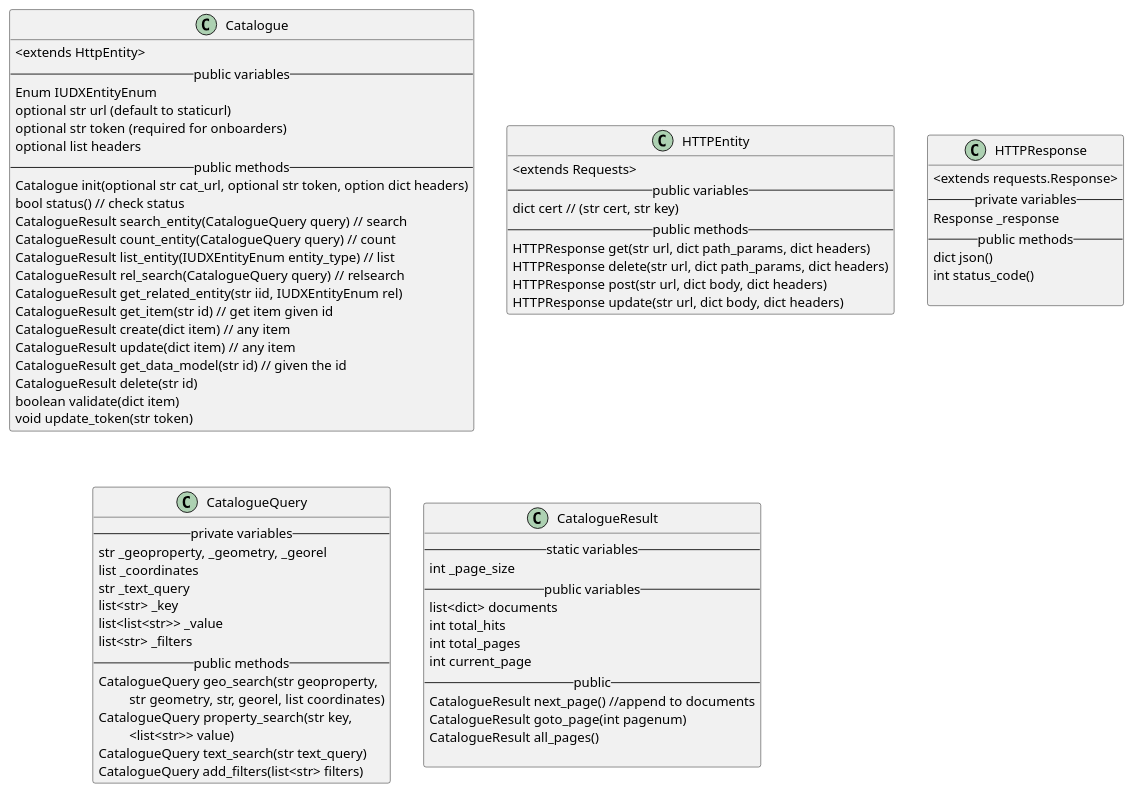
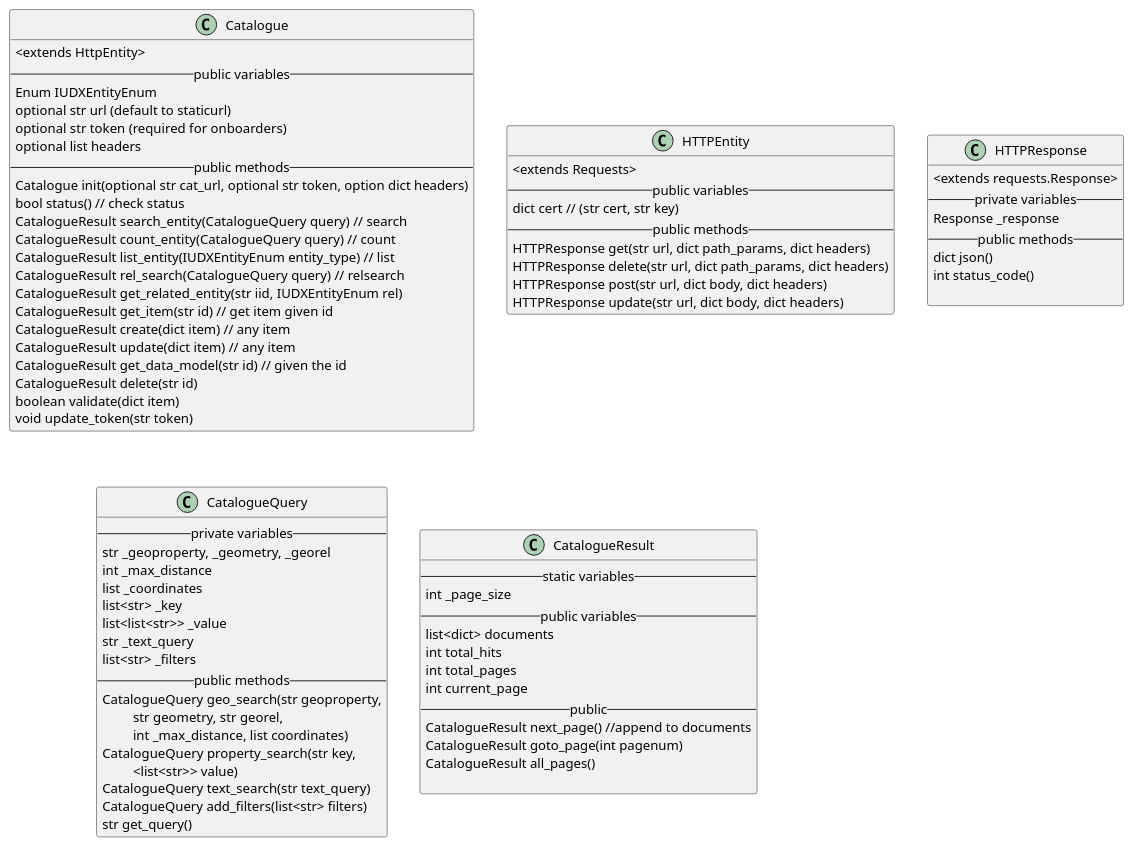
The diagram in docs/diagrams/CatalogueEntity.puml (datakaveri/iudx-python-sdk), drawn with PlantUML before and after one commit. The commit also changed 7 other files, not shown here.

```diff
--- a/docs/diagrams/CatalogueEntity.puml
+++ b/docs/diagrams/CatalogueEntity.puml
@@ -1,83 +1,86 @@
 @startuml
 class Catalogue  {
     <extends HttpEntity>
   -- public variables --
   Enum IUDXEntityEnum
   optional str url (default to staticurl)
   optional str token (required for onboarders)
   optional list headers
   -- public methods --
   Catalogue init(optional str cat_url, optional str token, option dict headers)
   bool status() // check status
   CatalogueResult search_entity(CatalogueQuery query) // search
   CatalogueResult count_entity(CatalogueQuery query) // count
   CatalogueResult list_entity(IUDXEntityEnum entity_type) // list
   CatalogueResult rel_search(CatalogueQuery query) // relsearch
   CatalogueResult get_related_entity(str iid, IUDXEntityEnum rel)
   CatalogueResult get_item(str id) // get item given id
   CatalogueResult create(dict item) // any item
   CatalogueResult update(dict item) // any item
   CatalogueResult get_data_model(str id) // given the id
   CatalogueResult delete(str id)
   boolean validate(dict item)
   void update_token(str token)
 }
 
 class HTTPEntity  {
   <extends Requests>
   -- public variables --
   dict cert // (str cert, str key)
   -- public methods --
   HTTPResponse get(str url, dict path_params, dict headers)
   HTTPResponse delete(str url, dict path_params, dict headers)
   HTTPResponse post(str url, dict body, dict headers)
   HTTPResponse update(str url, dict body, dict headers)
 }
 
 class HTTPResponse {
   <extends requests.Response>
   -- private variables --
   Response _response
   -- public methods --
   dict json()
   int status_code()
 
 }
 
 
 class CatalogueQuery {
     -- private variables--
     str _geoproperty, _geometry, _georel
+    int _max_distance
     list _coordinates
-    str _text_query
     list<str> _key
     list<list<str>> _value
+    str _text_query
     list<str> _filters
     -- public methods --
     CatalogueQuery geo_search(str geoproperty,
-        \t str geometry, str, georel, list coordinates)
+        \t str geometry, str georel, 
+        \t int _max_distance, list coordinates)
     CatalogueQuery property_search(str key,
                         \t <list<str>> value)
     CatalogueQuery text_search(str text_query)
     CatalogueQuery add_filters(list<str> filters)
+    str get_query()
 }
 
 
 class CatalogueResult {
     -- static variables --
     int _page_size
     -- public variables --
     list<dict> documents
     int total_hits
     int total_pages
     int current_page
     -- public --
     CatalogueResult next_page() //append to documents
     CatalogueResult goto_page(int pagenum)
     CatalogueResult all_pages()
 
 }
 
 
 
 @enduml
```
